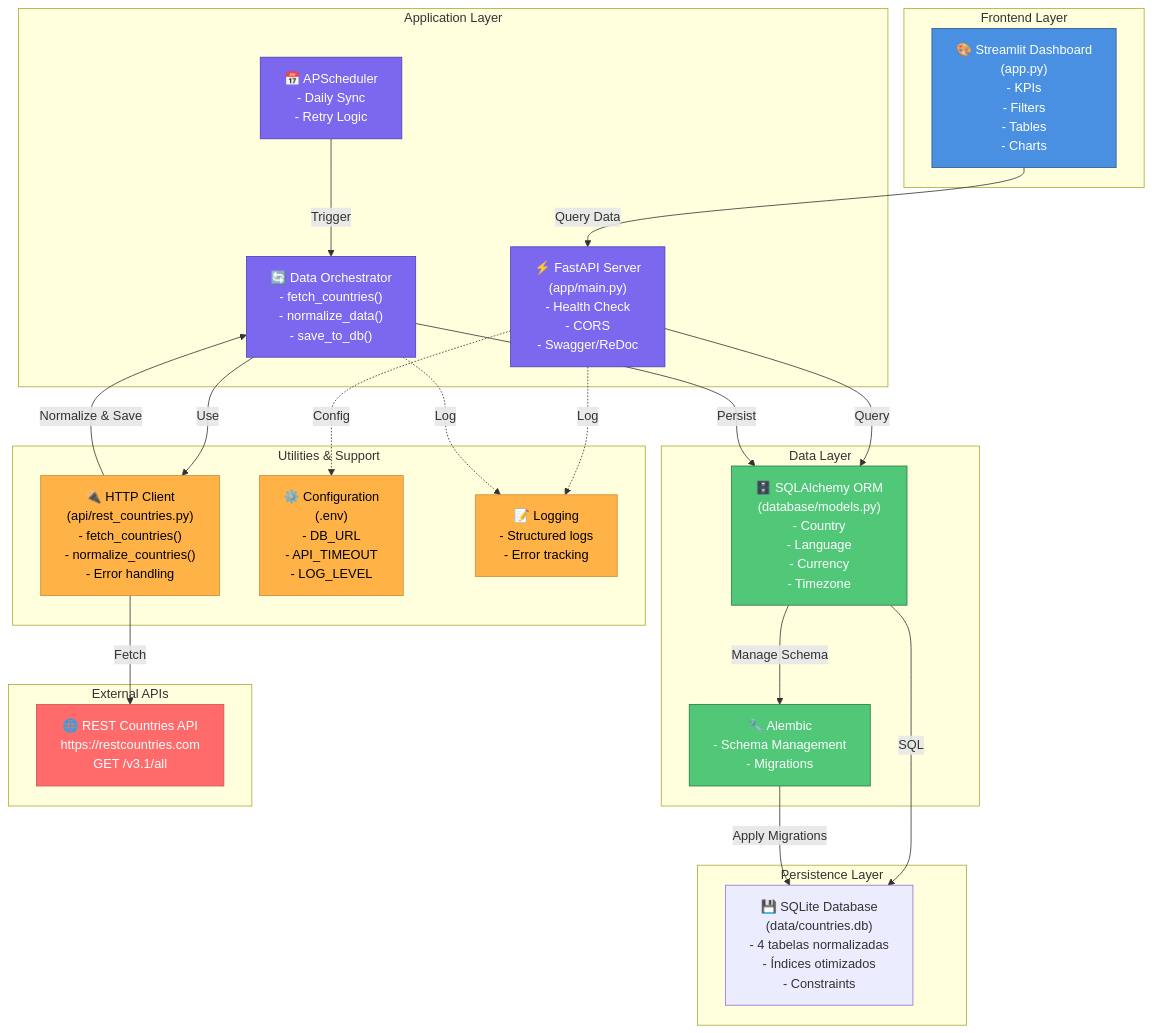
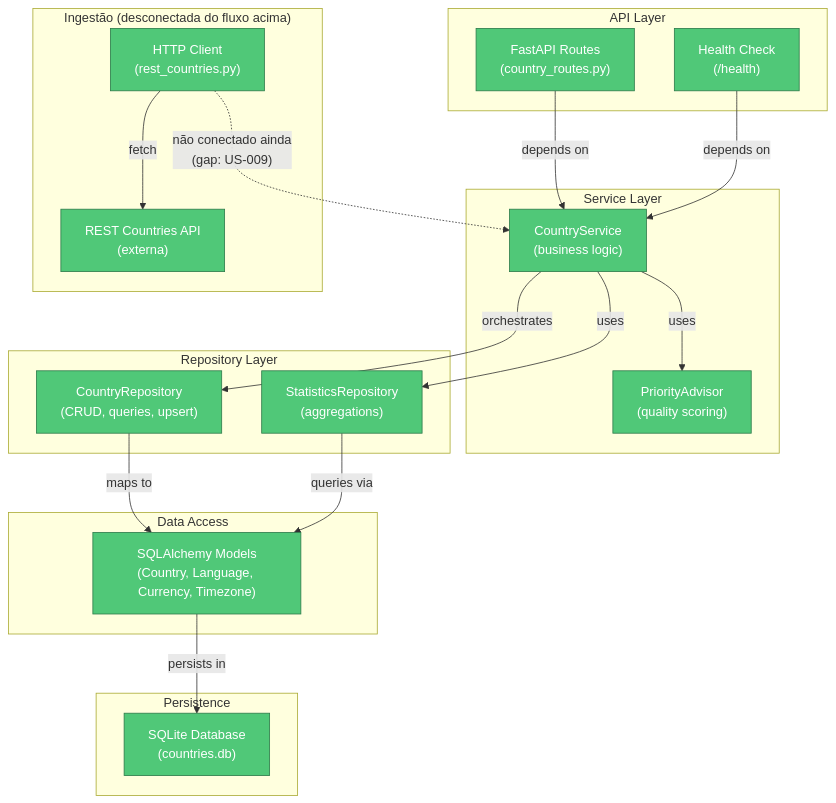
One commit to joaquimlbc/POS_ENG_IA_UFG changed the third of 9 diagrams in documentacoes/ARCHITECTURE.md. Above: the diagram before and after it, drawn with Mermaid. The commit also changed other lines of this file and 19 other files, not shown here.

First line of the commit message:
Consolidate architecture docs and clean up root markdown files

````diff
--- a/documentacoes/ARCHITECTURE.md
+++ b/documentacoes/ARCHITECTURE.md
@@ -81,59 +127,46 @@
 ```mermaid
 graph TB
-    subgraph "Frontend Layer"
-        STREAMLIT["🎨 Streamlit Dashboard<br/>(app.py)<br/>- KPIs<br/>- Filters<br/>- Tables<br/>- Charts"]
+    subgraph "API Layer"
+        ROUTES["FastAPI Routes<br/>(country_routes.py)"]
+        HEALTH["Health Check<br/>(/health)"]
     end
 
-    subgraph "Application Layer"
-        FASTAPI["⚡ FastAPI Server<br/>(app/main.py)<br/>- Health Check<br/>- CORS<br/>- Swagger/ReDoc"]
-        SCHEDULER["📅 APScheduler<br/>- Daily Sync<br/>- Retry Logic"]
-        ORCHESTRATOR["🔄 Data Orchestrator<br/>- fetch_countries()<br/>- normalize_data()<br/>- save_to_db()"]
+    subgraph "Service Layer"
+        SERVICE["CountryService<br/>(business logic)"]
+        ADVISOR["PriorityAdvisor<br/>(quality scoring)"]
     end
 
-    subgraph "Data Layer"
-        SQLALCHEMY["🗄️ SQLAlchemy ORM<br/>(database/models.py)<br/>- Country<br/>- Language<br/>- Currency<br/>- Timezone"]
-        ALEMBIC["🔧 Alembic<br/>- Schema Management<br/>- Migrations"]
+    subgraph "Repository Layer"
+        COUNTRY_REPO["CountryRepository<br/>(CRUD, queries, upsert)"]
+        STATS_REPO["StatisticsRepository<br/>(aggregations)"]
     end
 
-    subgraph "Persistence Layer"
-        SQLITE["💾 SQLite Database<br/>(data/countries.db)<br/>- 4 tabelas normalizadas<br/>- Índices otimizados<br/>- Constraints"]
+    subgraph "Data Access"
+        ORM["SQLAlchemy Models<br/>(Country, Language, Currency, Timezone)"]
     end
 
-    subgraph "External APIs"
-        REST_API["🌐 REST Countries API<br/>https://restcountries.com<br/>GET /v3.1/all"]
+    subgraph "Persistence"
+        DB["SQLite Database<br/>(countries.db)"]
     end
 
-    subgraph "Utilities & Support"
-        API_CLIENT["🔌 HTTP Client<br/>(api/rest_countries.py)<br/>- fetch_countries()<br/>- normalize_countries()<br/>- Error handling"]
-        CONFIG["⚙️ Configuration<br/>(.env)<br/>- DB_URL<br/>- API_TIMEOUT<br/>- LOG_LEVEL"]
-        LOGGER["📝 Logging<br/>- Structured logs<br/>- Error tracking"]
+    subgraph "Ingestão (desconectada do fluxo acima)"
+        CLIENT["HTTP Client<br/>(rest_countries.py)"]
+        EXT["REST Countries API<br/>(externa)"]
     end
 
-    %% Connections
-    STREAMLIT -->|Query Data| FASTAPI
-    FASTAPI -->|Query| SQLALCHEMY
-    SCHEDULER -->|Trigger| ORCHESTRATOR
-    ORCHESTRATOR -->|Use| API_CLIENT
-    API_CLIENT -->|Fetch| REST_API
-    API_CLIENT -->|Normalize & Save| ORCHESTRATOR
-    ORCHESTRATOR -->|Persist| SQLALCHEMY
-    SQLALCHEMY -->|SQL| SQLITE
-    SQLALCHEMY -->|Manage Schema| ALEMBIC
-    ALEMBIC -->|Apply Migrations| SQLITE
-    FASTAPI -.->|Config| CONFIG
-    FASTAPI -.->|Log| LOGGER
-    ORCHESTRATOR -.->|Log| LOGGER
+    ROUTES -->|depends on| SERVICE
+    HEALTH -->|depends on| SERVICE
+    SERVICE -->|orchestrates| COUNTRY_REPO
+    SERVICE -->|uses| ADVISOR
+    SERVICE -->|uses| STATS_REPO
+    COUNTRY_REPO -->|maps to| ORM
+    STATS_REPO -->|queries via| ORM
+    ORM -->|persists in| DB
+    CLIENT -->|fetch| EXT
+    CLIENT -.->|"não conectado ainda<br/>(gap: US-009)"| SERVICE
 
-    classDef frontend fill:#4A90E2,stroke:#2E5C8A,color:#fff
-    classDef application fill:#7B68EE,stroke:#4A3FB5,color:#fff
-    classDef data fill:#50C878,stroke:#2D7A4A,color:#fff
-    classDef external fill:#FF6B6B,stroke:#CC5555,color:#fff
-    classDef utility fill:#FFB347,stroke:#CC8A39,color:#000
+    classDef implemented fill:#50C878,stroke:#2D7A4A,color:#fff
+    classDef gap fill:#F39C12,stroke:#C47E0B,color:#000
 
-    class STREAMLIT frontend
-    class FASTAPI,SCHEDULER,ORCHESTRATOR application
-    class SQLALCHEMY,ALEMBIC data
-    class SQLITE persistence
-    class REST_API external
-    class API_CLIENT,CONFIG,LOGGER utility
+    class ROUTES,HEALTH,SERVICE,ADVISOR,COUNTRY_REPO,STATS_REPO,ORM,DB,CLIENT,EXT implemented
 ```
````
